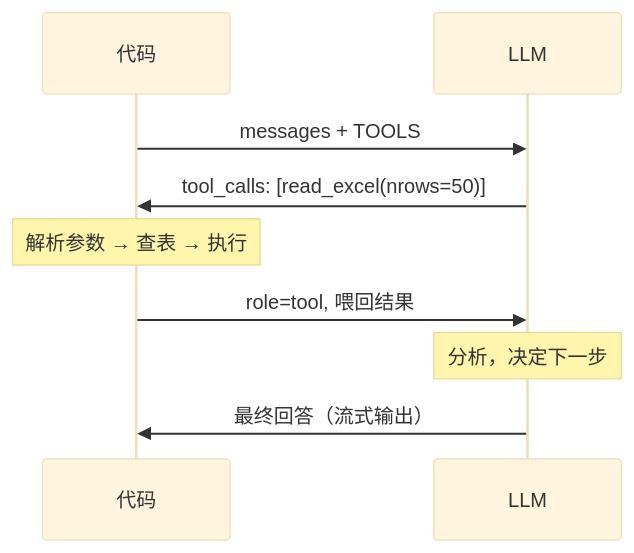
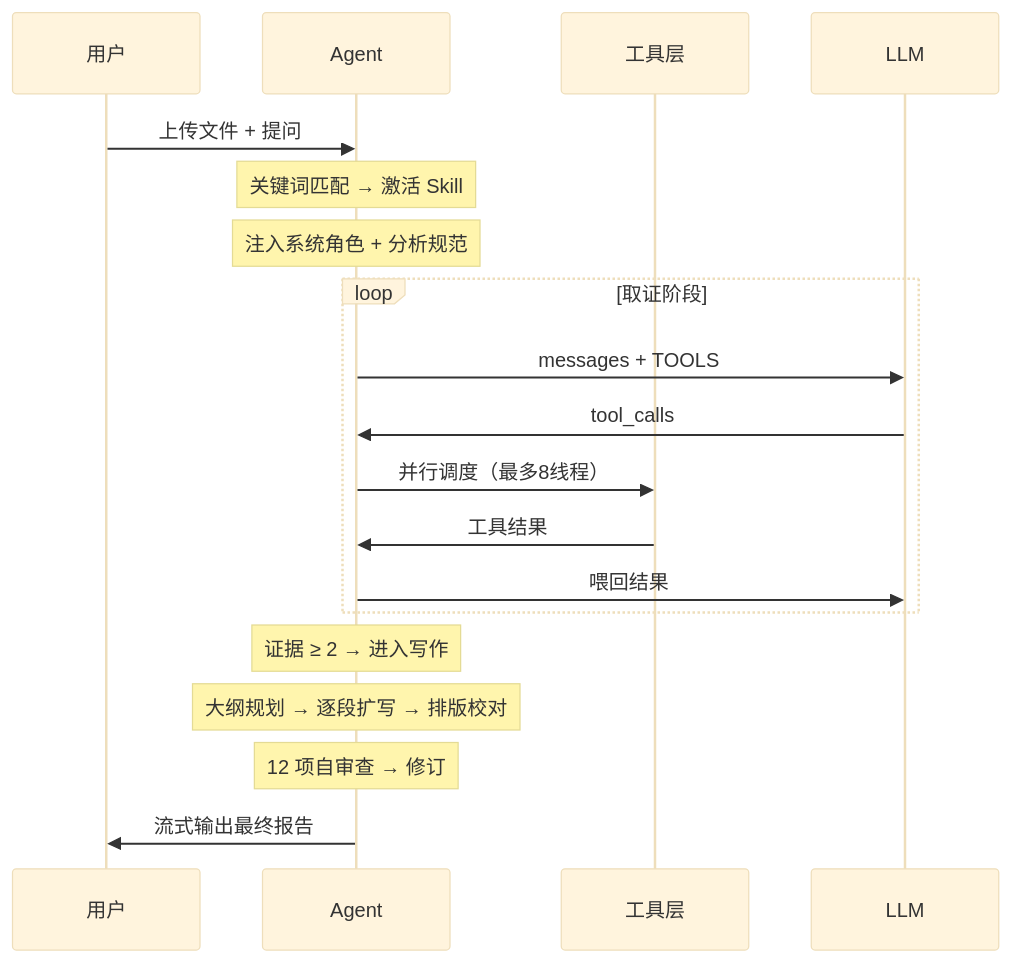
One commit to LijingJim/J-AEIS changed the second of 2 diagrams in README.md. Above: the diagram before and after it, drawn with Mermaid (base theme). The commit also changed other lines of this file, not shown here.

Commit message:
docs: 时序图改为真实run_agent工作流(Skill路由→取证→写作→自审查)

````diff
--- a/README.md
+++ b/README.md
@@ -79,12 +79,24 @@
 ```mermaid
 sequenceDiagram
-    participant C as 代码
+    participant U as 用户
+    participant A as Agent
+    participant T as 工具层
     participant L as LLM
 
-    C->>L: messages + TOOLS
-    L->>C: tool_calls: [read_excel(nrows=50)]
-    Note over C: 解析参数 → 查表 → 执行
-    C->>L: role=tool, 喂回结果
-    Note over L: 分析，决定下一步
-    L->>C: 最终回答（流式输出）
+    U->>A: 上传文件 + 提问
+    Note over A: 关键词匹配 → 激活 Skill
+    Note over A: 注入系统角色 + 分析规范
+
+    loop 取证阶段
+        A->>L: messages + TOOLS
+        L->>A: tool_calls
+        A->>T: 并行调度（最多8线程）
+        T->>A: 工具结果
+        A->>L: 喂回结果
+    end
+
+    Note over A: 证据 ≥ 2 → 进入写作
+    Note over A: 大纲规划 → 逐段扩写 → 排版校对
+    Note over A: 12 项自审查 → 修订
+    A->>U: 流式输出最终报告
 ```
````
